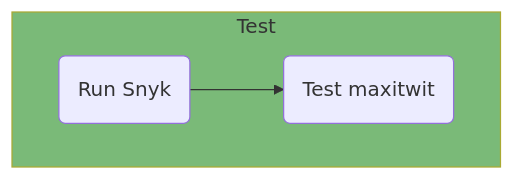
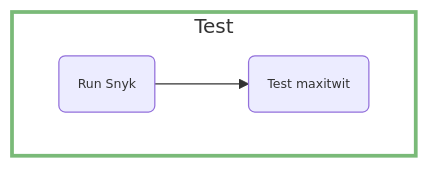
The ninth of 10 diagrams in report/report.md (DevOps-2024-group-p/maxitwit), drawn with Mermaid before and after one commit. The commit also changed other lines of this file and 1 other file, not shown here.

````diff
--- a/report/report.md
+++ b/report/report.md
@@ -244,8 +246,11 @@
 ```mermaid
 flowchart TB
     subgraph T["Test"]
         id0("Run Snyk")-->id1("Test maxitwit")
     end
 
-    style T fill:#7ABA78
+    style T stroke:#7ABA78, stroke-width:3px, fill:#FFFFFF
+    classDef goodFont font-size:10px;
+    class id1 goodFont;
+    class id0 goodFont;
 ```
````
